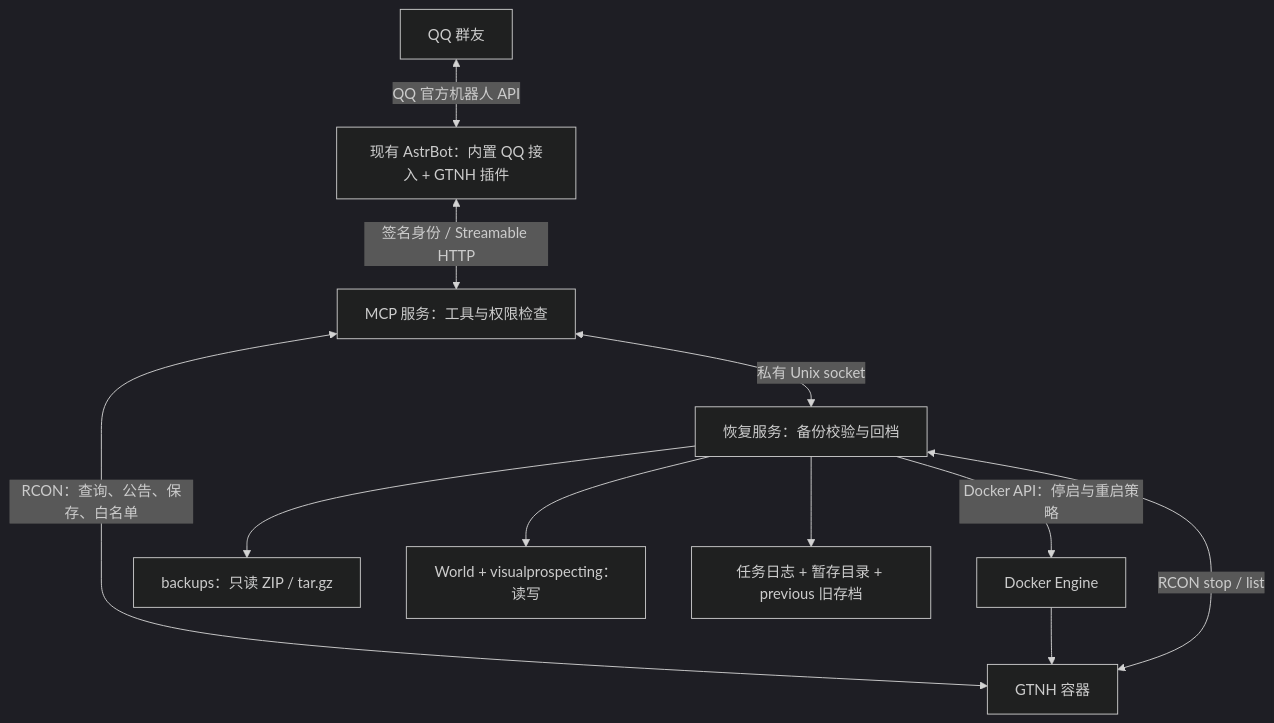
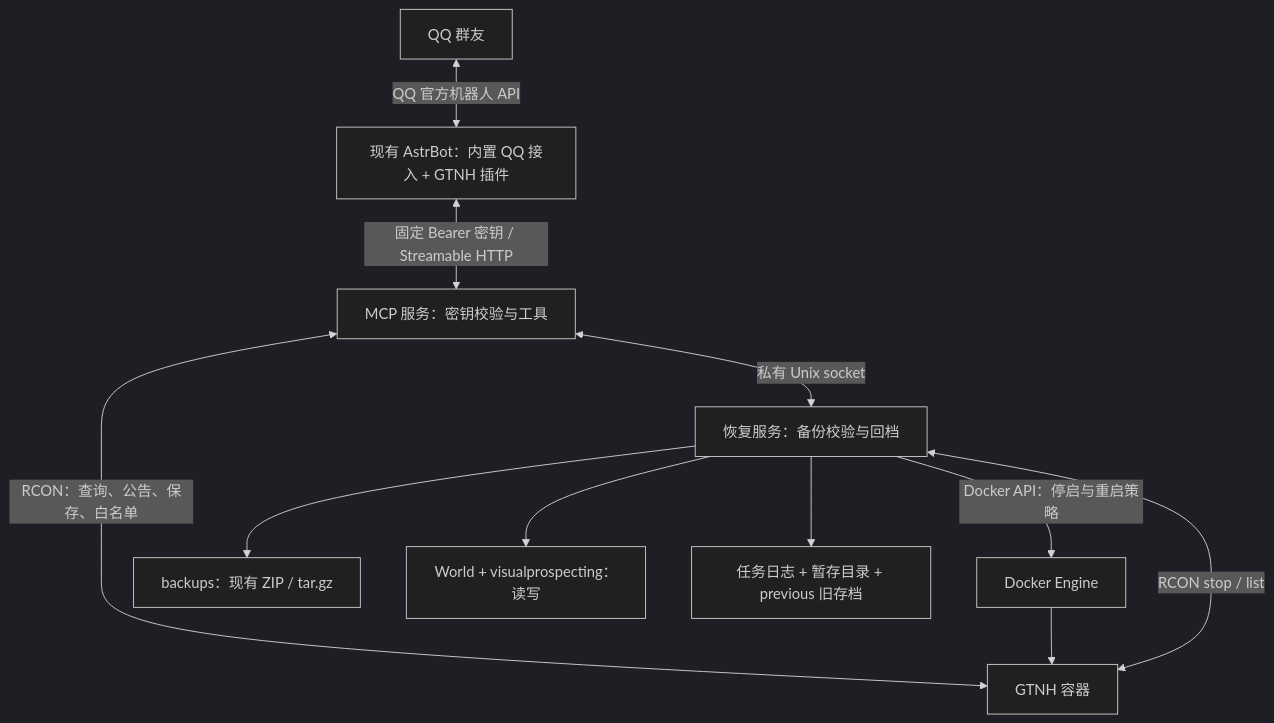
Before and after one commit to actforever/gtnh-mcp: the diagram in README.md, drawn with Mermaid (dark theme). The commit also changed other lines of this file and 6 other files, not shown here.

````diff
--- a/README.md
+++ b/README.md
@@ -13,13 +13,13 @@
 ```mermaid
 flowchart TD
     QQ[QQ 群友] <-->|QQ 官方机器人 API| AstrBot[现有 AstrBot：内置 QQ 接入 + GTNH 插件]
-    AstrBot <-->|签名身份 / Streamable HTTP| MCP[MCP 服务：工具与权限检查]
+    AstrBot <-->|固定 Bearer 密钥 / Streamable HTTP| MCP[MCP 服务：密钥校验与工具]
     MCP <-->|RCON：查询、公告、保存、白名单| GTNH[GTNH 容器]
     MCP <-->|私有 Unix socket| Restore[恢复服务：备份校验与回档]
     Restore -->|Docker API：停启与重启策略| Docker[Docker Engine]
     Docker --> GTNH
     Restore <-->|RCON stop / list| GTNH
-    Restore --> Backups[backups：只读 ZIP / tar.gz]
+    Restore --> Backups[backups：现有 ZIP / tar.gz]
     Restore --> World[World + visualprospecting：读写]
     Restore --> State[任务日志 + 暂存目录 + previous 旧存档]
 ```
````
